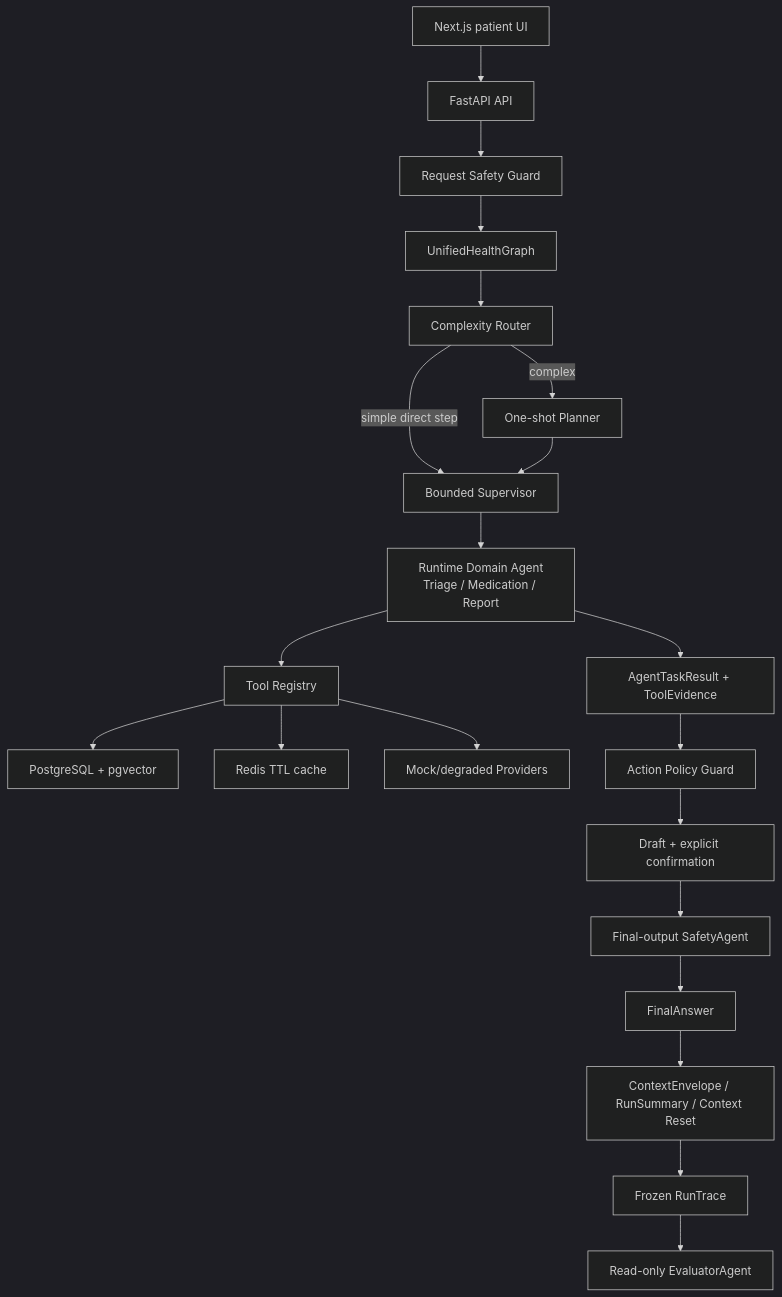
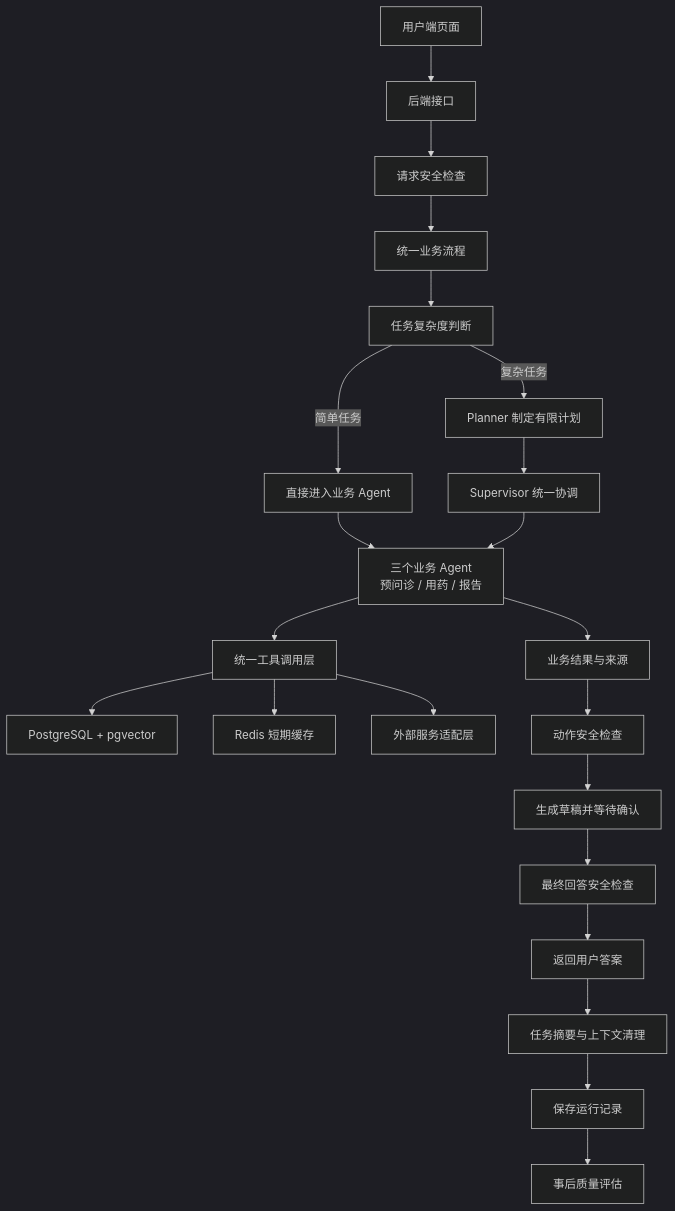
Before and after one commit to dadiaochen/hospital-agent: the first of 2 diagrams in README.md, drawn with Mermaid (dark theme). The commit also changed other lines of this file and 2 other files, not shown here.

````diff
--- a/README.md
+++ b/README.md
@@ -24,23 +28,24 @@
 ```mermaid
 flowchart TB
-    UI["Next.js patient UI"] --> API["FastAPI API"]
-    API --> GUARD1["Request Safety Guard"]
-    GUARD1 --> GRAPH["UnifiedHealthGraph"]
-    GRAPH --> ROUTER["Complexity Router"]
-    ROUTER -->|"simple direct step"| SUP["Bounded Supervisor executor"]
-    ROUTER -->|"complex"| PLAN["One-shot Planner"]
-    PLAN --> SUP["Bounded Supervisor"]
-    SUP --> DOMAIN["Runtime Domain Agent\nTriage / Medication / Report"]
-    DOMAIN --> TOOLS["Tool Registry"]
+    UI["用户端页面"] --> API["后端接口"]
+    API --> GUARD1["请求安全检查"]
+    GUARD1 --> GRAPH["统一业务流程"]
+    GRAPH --> ROUTER["任务复杂度判断"]
+    ROUTER -->|"简单任务"| DIRECT["直接进入业务 Agent"]
+    ROUTER -->|"复杂任务"| PLAN["Planner 制定有限计划"]
+    PLAN --> SUP["Supervisor 统一协调"]
+    DIRECT --> DOMAIN["三个业务 Agent\n预问诊 / 用药 / 报告"]
+    SUP --> DOMAIN
+    DOMAIN --> TOOLS["统一工具调用层"]
     TOOLS --> DB["PostgreSQL + pgvector"]
-    TOOLS --> CACHE["Redis TTL cache"]
-    TOOLS --> PROVIDERS["Mock/degraded Providers"]
-    DOMAIN --> RESULT["AgentTaskResult + ToolEvidence"]
-    RESULT --> GUARD2["Action Policy Guard"]
-    GUARD2 --> CONFIRM["Draft + explicit confirmation"]
-    CONFIRM --> GUARD3["Final-output SafetyAgent"]
-    GUARD3 --> ANSWER["FinalAnswer"]
-    ANSWER --> CTX["ContextEnvelope / RunSummary / Context Reset"]
-    CTX --> TRACE["Frozen RunTrace"]
-    TRACE --> EVAL["Read-only EvaluatorAgent"]
+    TOOLS --> CACHE["Redis 短期缓存"]
+    TOOLS --> PROVIDERS["外部服务适配层"]
+    DOMAIN --> RESULT["业务结果与来源"]
+    RESULT --> GUARD2["动作安全检查"]
+    GUARD2 --> CONFIRM["生成草稿并等待确认"]
+    CONFIRM --> GUARD3["最终回答安全检查"]
+    GUARD3 --> ANSWER["返回用户答案"]
+    ANSWER --> CTX["任务摘要与上下文清理"]
+    CTX --> TRACE["保存运行记录"]
+    TRACE --> EVAL["事后质量评估"]
 ```
````
